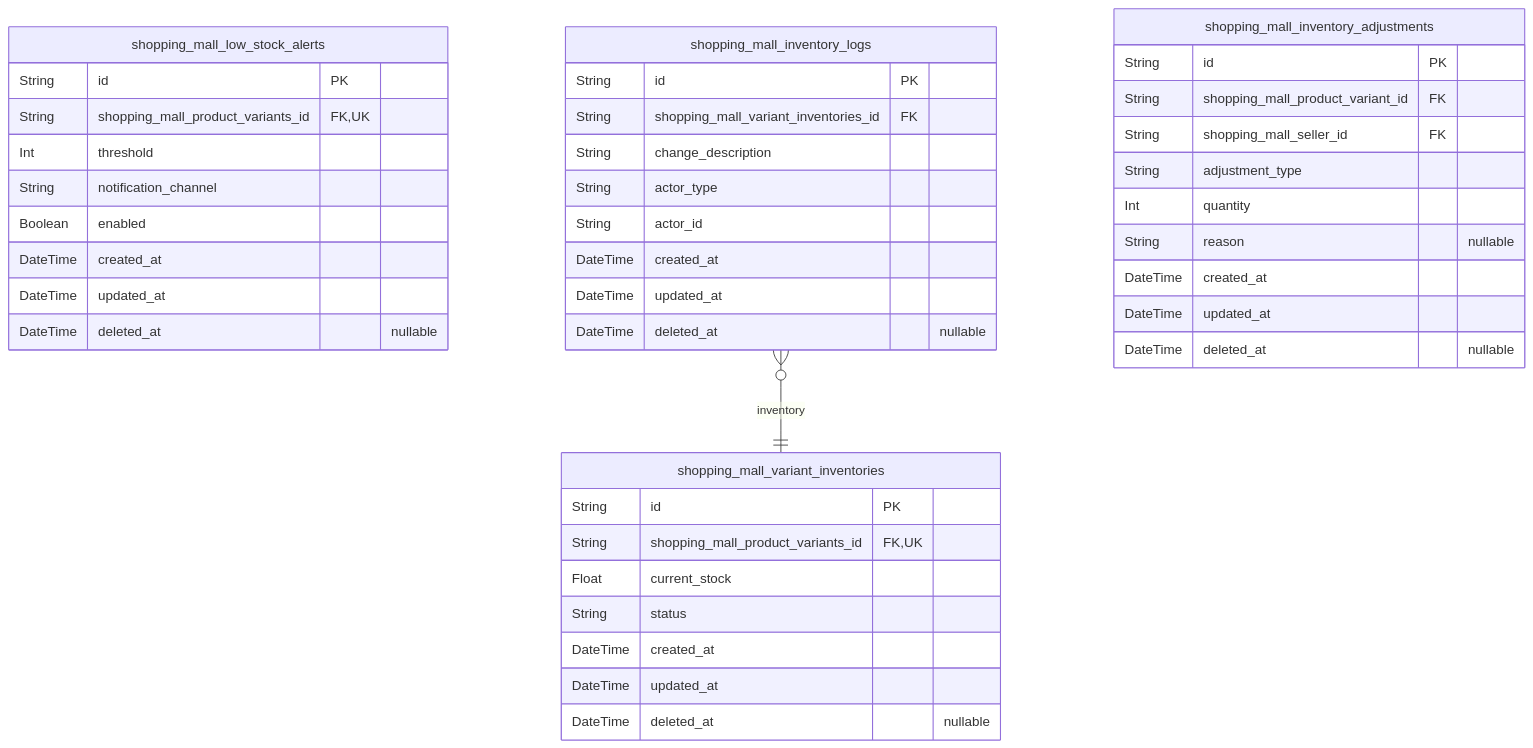
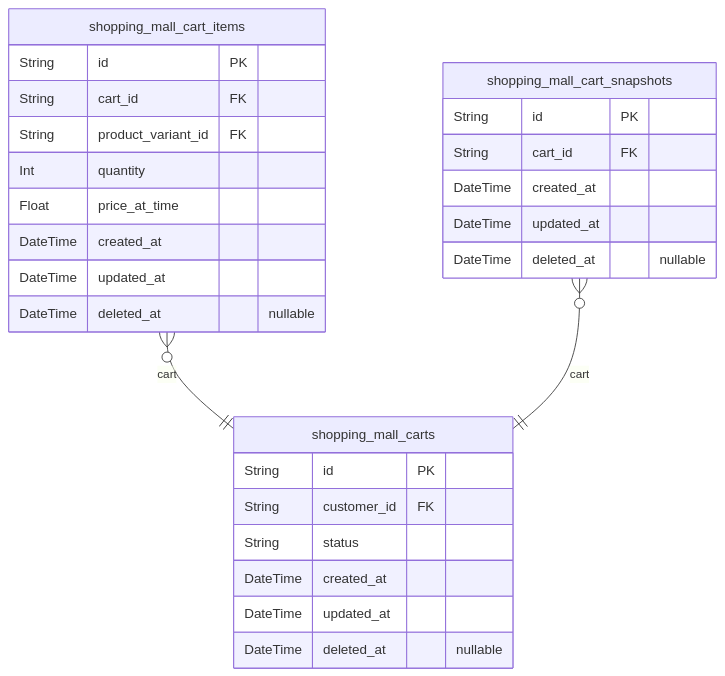
One commit to wrtnlabs/autobe-examples changed the sixth of 9 diagrams in qwen/qwen3-30b-a3b-thinking-2507/shopping/docs/ERD.md. Above: the diagram before and after it, drawn with Mermaid. The commit also changed other lines of this file and 9391 other files, not shown here.

````diff
--- a/qwen/qwen3-30b-a3b-thinking-2507/shopping/docs/ERD.md
+++ b/qwen/qwen3-30b-a3b-thinking-2507/shopping/docs/ERD.md
@@ -709,44 +1355,30 @@
 ```mermaid
 erDiagram
-"shopping_mall_low_stock_alerts" {
+"shopping_mall_carts" {
   String id PK
-  String shopping_mall_product_variants_id FK,UK
-  Int threshold
-  String notification_channel
-  Boolean enabled
-  DateTime created_at
-  DateTime updated_at
-  DateTime deleted_at "nullable"
-}
-"shopping_mall_inventory_logs" {
-  String id PK
-  String shopping_mall_variant_inventories_id FK
-  String change_description
-  String actor_type
-  String actor_id
-  DateTime created_at
-  DateTime updated_at
-  DateTime deleted_at "nullable"
-}
-"shopping_mall_inventory_adjustments" {
-  String id PK
-  String shopping_mall_product_variant_id FK
-  String shopping_mall_seller_id FK
-  String adjustment_type
-  Int quantity
-  String reason "nullable"
-  DateTime created_at
-  DateTime updated_at
-  DateTime deleted_at "nullable"
-}
-"shopping_mall_variant_inventories" {
-  String id PK
-  String shopping_mall_product_variants_id FK,UK
-  Float current_stock
+  String customer_id FK
   String status
   DateTime created_at
   DateTime updated_at
   DateTime deleted_at "nullable"
 }
-"shopping_mall_inventory_logs" }o--|| "shopping_mall_variant_inventories" : inventory
+"shopping_mall_cart_items" {
+  String id PK
+  String cart_id FK
+  String product_variant_id FK
+  Int quantity
+  Float price_at_time
+  DateTime created_at
+  DateTime updated_at
+  DateTime deleted_at "nullable"
+}
+"shopping_mall_cart_snapshots" {
+  String id PK
+  String cart_id FK
+  DateTime created_at
+  DateTime updated_at
+  DateTime deleted_at "nullable"
+}
+"shopping_mall_cart_items" }o--|| "shopping_mall_carts" : cart
+"shopping_mall_cart_snapshots" }o--|| "shopping_mall_carts" : cart
 ```
````
